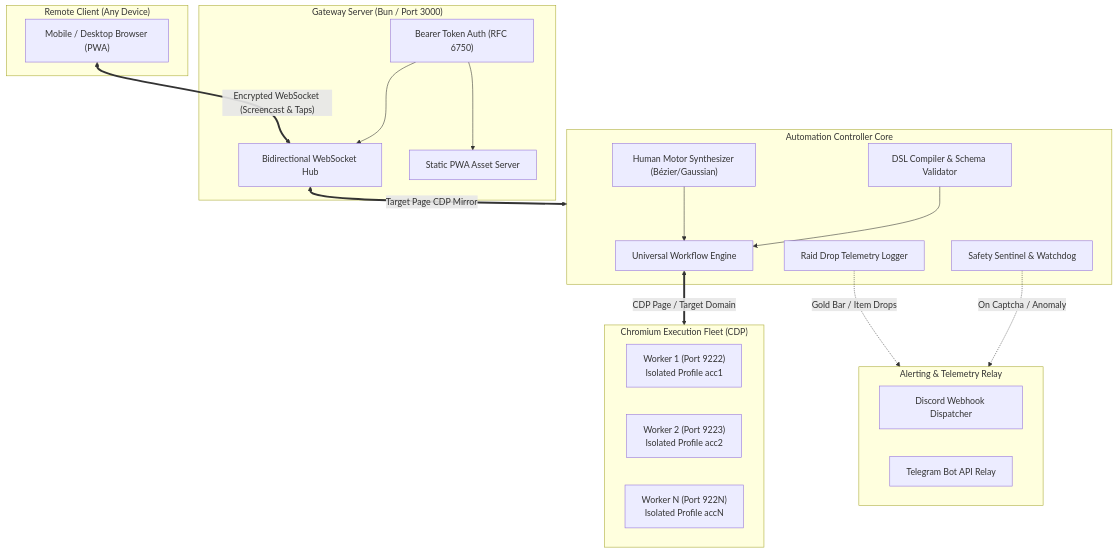
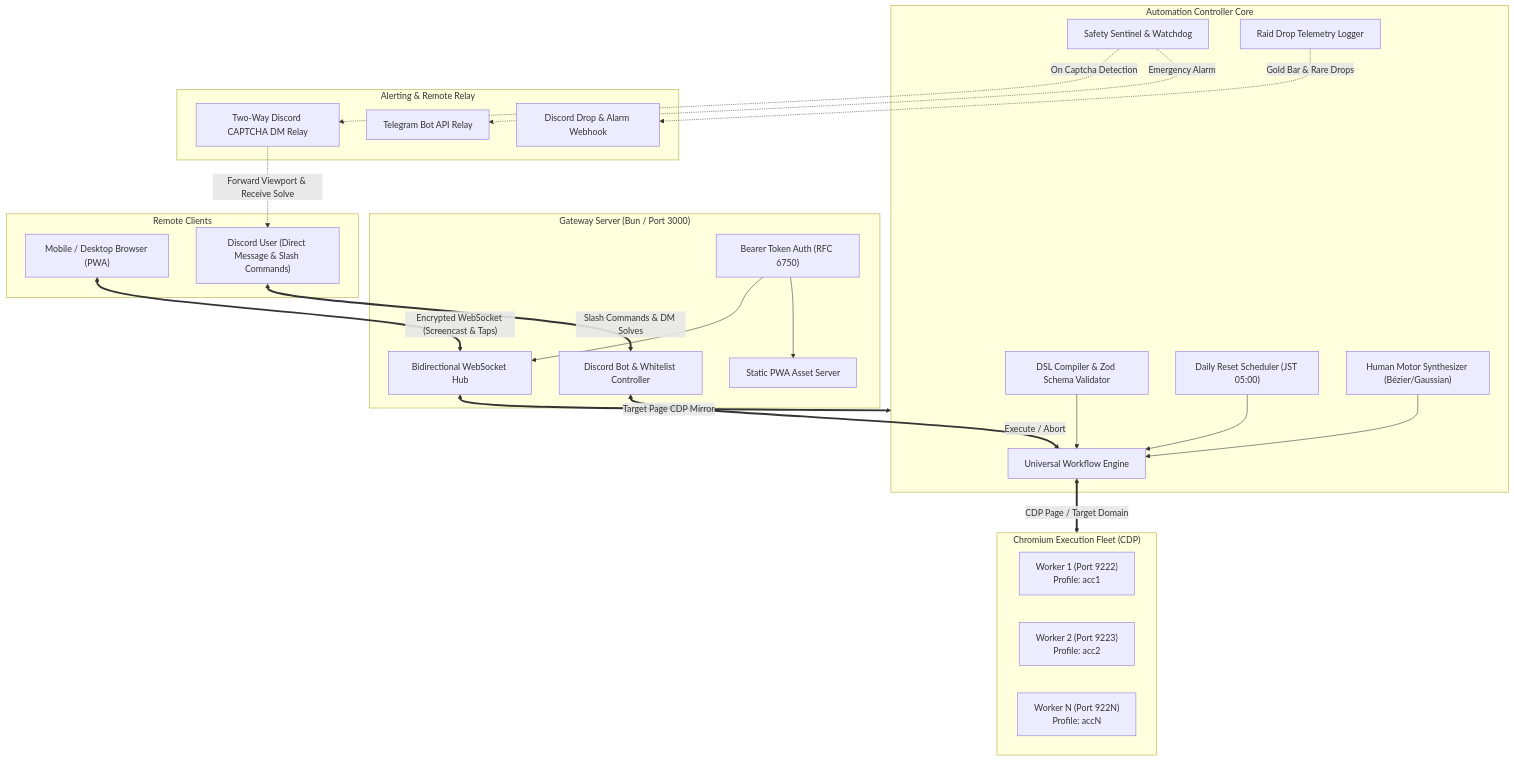
Before and after one commit to madacoda/guranburuing: the diagram in README.md, drawn with Mermaid. The commit also changed other lines of this file and 30 other files, not shown here.

````diff
--- a/README.md
+++ b/README.md
@@ -49,41 +67,50 @@
 ```mermaid
 flowchart TB
-    subgraph Client["Remote Client (Any Device)"]
+    subgraph Client["Remote Clients"]
         Browser["Mobile / Desktop Browser (PWA)"]
+        DiscordUser["Discord User (Direct Message & Slash Commands)"]
     end
 
     subgraph Gateway["Gateway Server (Bun / Port 3000)"]
         AuthGuard["Bearer Token Auth (RFC 6750)"]
         WSS["Bidirectional WebSocket Hub"]
         PWA["Static PWA Asset Server"]
+        DiscordBot["Discord Bot & Whitelist Controller"]
         AuthGuard --> WSS
         AuthGuard --> PWA
     end
 
     subgraph Controller["Automation Controller Core"]
         Engine["Universal Workflow Engine"]
-        DSL["DSL Compiler & Schema Validator"]
+        DSL["DSL Compiler & Zod Schema Validator"]
         Sentinel["Safety Sentinel & Watchdog"]
         DropLogger["Raid Drop Telemetry Logger"]
+        Scheduler["Daily Reset Scheduler (JST 05:00)"]
         Motor["Human Motor Synthesizer (Bézier/Gaussian)"]
     end
 
     subgraph BrowserFleet["Chromium Execution Fleet (CDP)"]
-        W1["Worker 1 (Port 9222)<br/>Isolated Profile acc1"]
-        W2["Worker 2 (Port 9223)<br/>Isolated Profile acc2"]
-        W3["Worker N (Port 922N)<br/>Isolated Profile accN"]
+        W1["Worker 1 (Port 9222)<br/>Profile: acc1"]
+        W2["Worker 2 (Port 9223)<br/>Profile: acc2"]
+        WN["Worker N (Port 922N)<br/>Profile: accN"]
     end
 
-    subgraph Telemetry["Alerting & Telemetry Relay"]
-        Discord["Discord Webhook Dispatcher"]
+    subgraph Telemetry["Alerting & Remote Relay"]
+        DiscordRelay["Two-Way Discord CAPTCHA DM Relay"]
+        DiscordWebhook["Discord Drop & Alarm Webhook"]
         Telegram["Telegram Bot API Relay"]
     end
 
     Browser <==>|"Encrypted WebSocket (Screencast & Taps)"| WSS
+    DiscordUser <==>|"Slash Commands & DM Solves"| DiscordBot
+    DiscordBot <==>|"Execute / Abort"| Engine
     WSS <==>|"Target Page CDP Mirror"| Controller
     DSL --> Engine
     Motor --> Engine
+    Scheduler --> Engine
     Engine <==>|"CDP Page / Target Domain"| BrowserFleet
-    Sentinel -.->|"On Captcha / Anomaly"| Telemetry
-    DropLogger -.->|"Gold Bar / Item Drops"| Telemetry
+    Sentinel -.->|"On Captcha Detection"| DiscordRelay
+    DiscordRelay -.->|"Forward Viewport & Receive Solve"| DiscordUser
+    Sentinel -.->|"Emergency Alarm"| Telegram
+    DropLogger -.->|"Gold Bar & Rare Drops"| DiscordWebhook
 ```
````
